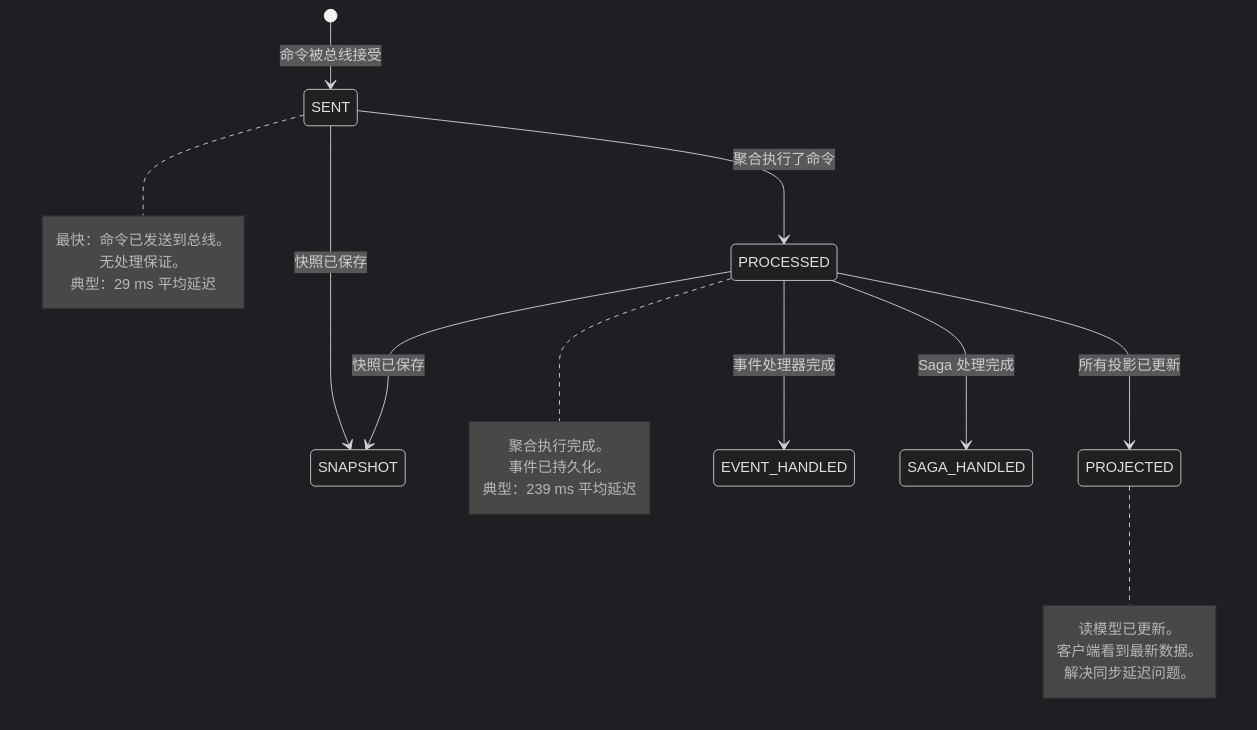
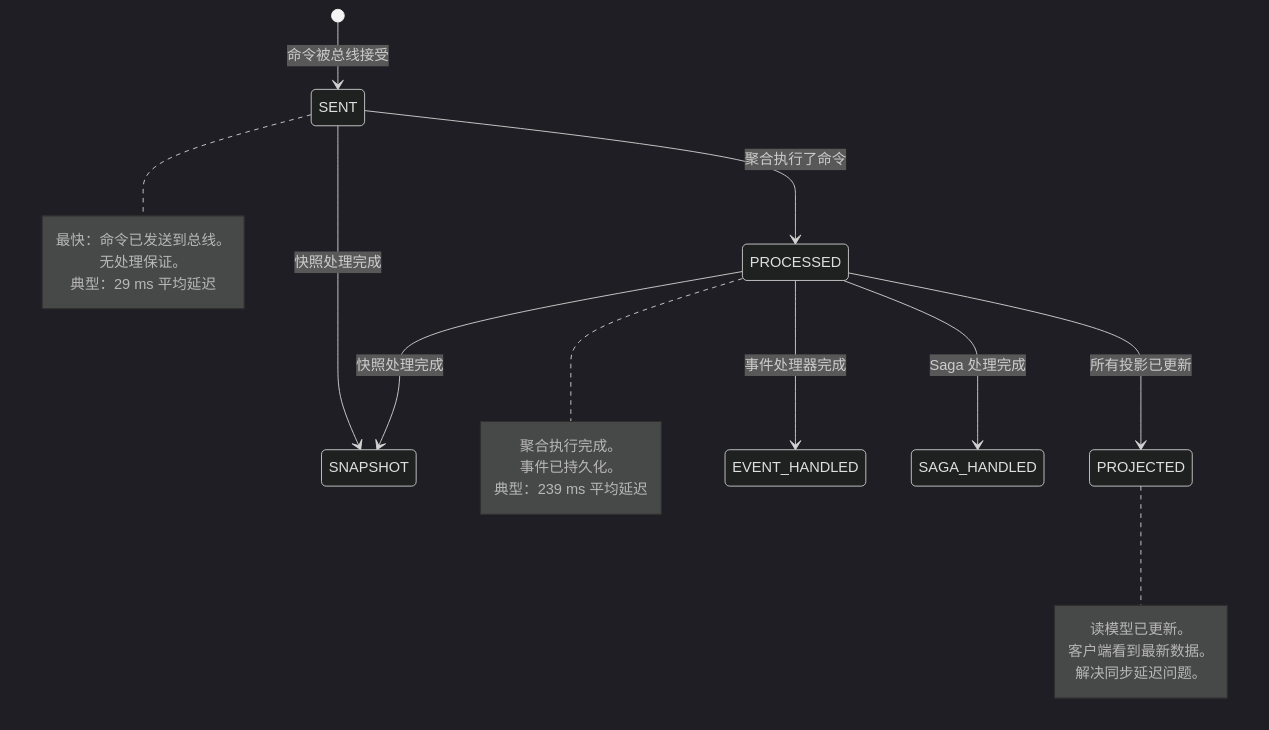
The third of 6 diagrams in documentation/docs/zh/guide/advanced/architecture.md (Ahoo-Wang/Wow), drawn with Mermaid (dark theme) before and after one commit. The commit also changed 40 other files, not shown here.

````diff
--- a/documentation/docs/zh/guide/advanced/architecture.md
+++ b/documentation/docs/zh/guide/advanced/architecture.md
@@ -195,29 +195,29 @@
 ```mermaid
 stateDiagram-v2
     [*] --> SENT : 命令被总线接受
     SENT --> PROCESSED : 聚合执行了命令
-    SENT --> SNAPSHOT : 快照已保存
-    PROCESSED --> SNAPSHOT : 快照已保存
+    SENT --> SNAPSHOT : 快照处理完成
+    PROCESSED --> SNAPSHOT : 快照处理完成
     PROCESSED --> PROJECTED : 所有投影已更新
     PROCESSED --> EVENT_HANDLED : 事件处理器完成
     PROCESSED --> SAGA_HANDLED : Saga 处理完成
 
     note right of SENT
         最快：命令已发送到总线。
         无处理保证。
         典型：29 ms 平均延迟
     end note
 
     note right of PROCESSED
         聚合执行完成。
         事件已持久化。
         典型：239 ms 平均延迟
     end note
 
     note right of PROJECTED
         读模型已更新。
         客户端看到最新数据。
         解决同步延迟问题。
     end note
 
 ```
````
